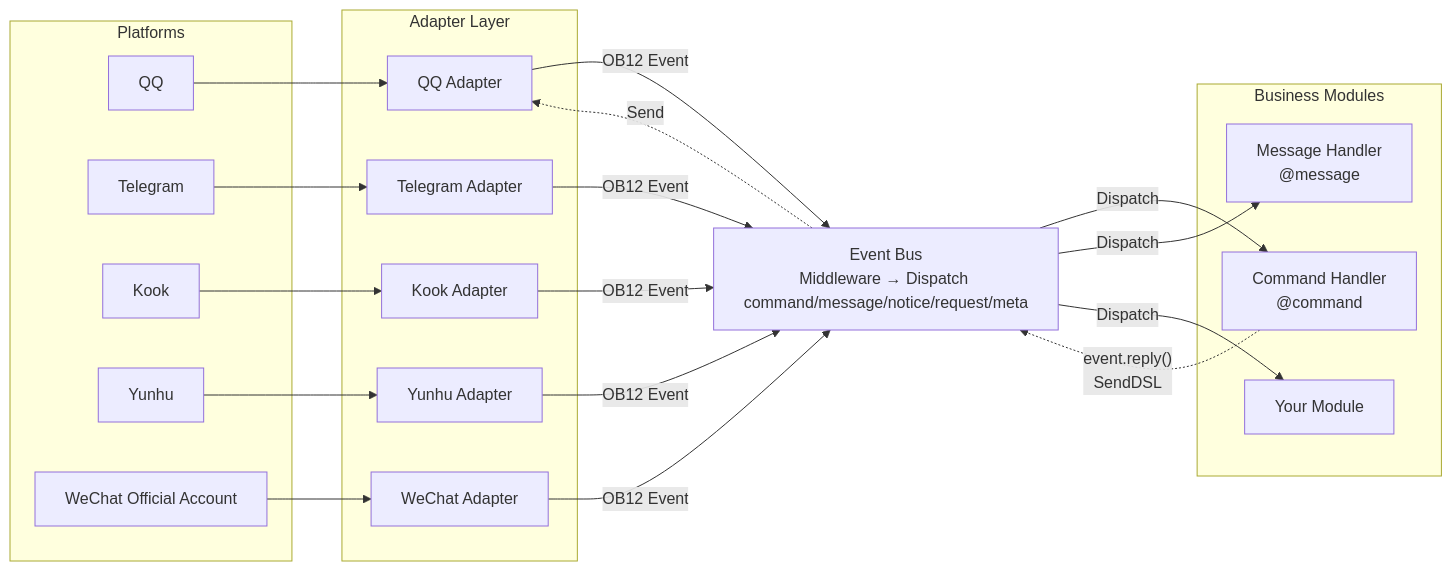
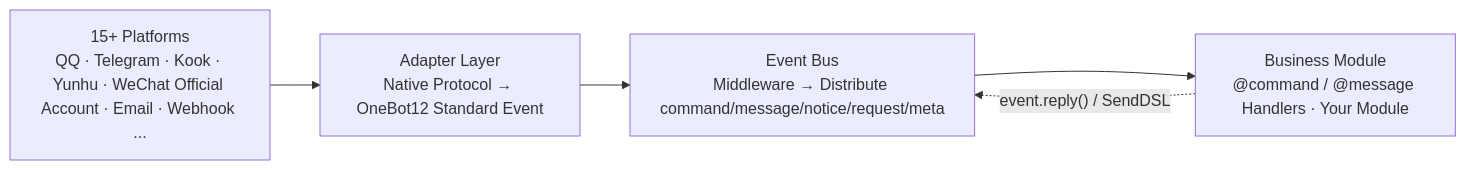
The first of 2 diagrams in README.md (ErisPulse/ErisPulse), drawn with Mermaid before and after one commit. The commit also changed other lines of this file and 828 other files, not shown here.

````diff
--- a/README.md
+++ b/README.md
@@ -112,45 +110,9 @@
 ```mermaid
 graph LR
-    subgraph Platforms[Platforms]
-        QQ["QQ"]
-        TG["Telegram"]
-        Kook["Kook"]
-        YH["Yunhu"]
-        WX["WeChat Official Account"]
-    end
-
-    subgraph Adapters[Adapter Layer]
-        A1["QQ Adapter"]
-        A2["Telegram Adapter"]
-        A3["Kook Adapter"]
-        A4["Yunhu Adapter"]
-        A5["WeChat Adapter"]
-    end
-
-    Event["Event Bus<br/>Middleware → Dispatch command/message/notice/request/meta"]
-
-    subgraph Modules[Business Modules]
-        M1["Command Handler<br/>@command"]
-        M2["Message Handler<br/>@message"]
-        M3["Your Module"]
-    end
-
-    QQ --> A1
-    TG --> A2
-    Kook --> A3
-    YH --> A4
-    WX --> A5
-
-    A1 -->|"OB12 Event"| Event
-    A2 -->|"OB12 Event"| Event
-    A3 -->|"OB12 Event"| Event
-    A4 -->|"OB12 Event"| Event
-    A5 -->|"OB12 Event"| Event
-
-    Event -->|"Dispatch"| M1
-    Event -->|"Dispatch"| M2
-    Event -->|"Dispatch"| M3
-
-    M1 -.->|"event.reply()<br/>SendDSL"| Event
-    Event -.->|"Send"| A1
+    P["15+ Platforms<br/>QQ · Telegram · Kook · Yunhu · WeChat Official Account · Email · Webhook ..."]
+    A["Adapter Layer<br/>Native Protocol → OneBot12 Standard Event"]
+    Event["Event Bus<br/>Middleware → Distribute command/message/notice/request/meta"]
+    M["Business Module<br/>@command / @message Handlers · Your Module"]
+    P --> A --> Event --> M
+    M -.->|"event.reply() / SendDSL"| Event
 ```
````
